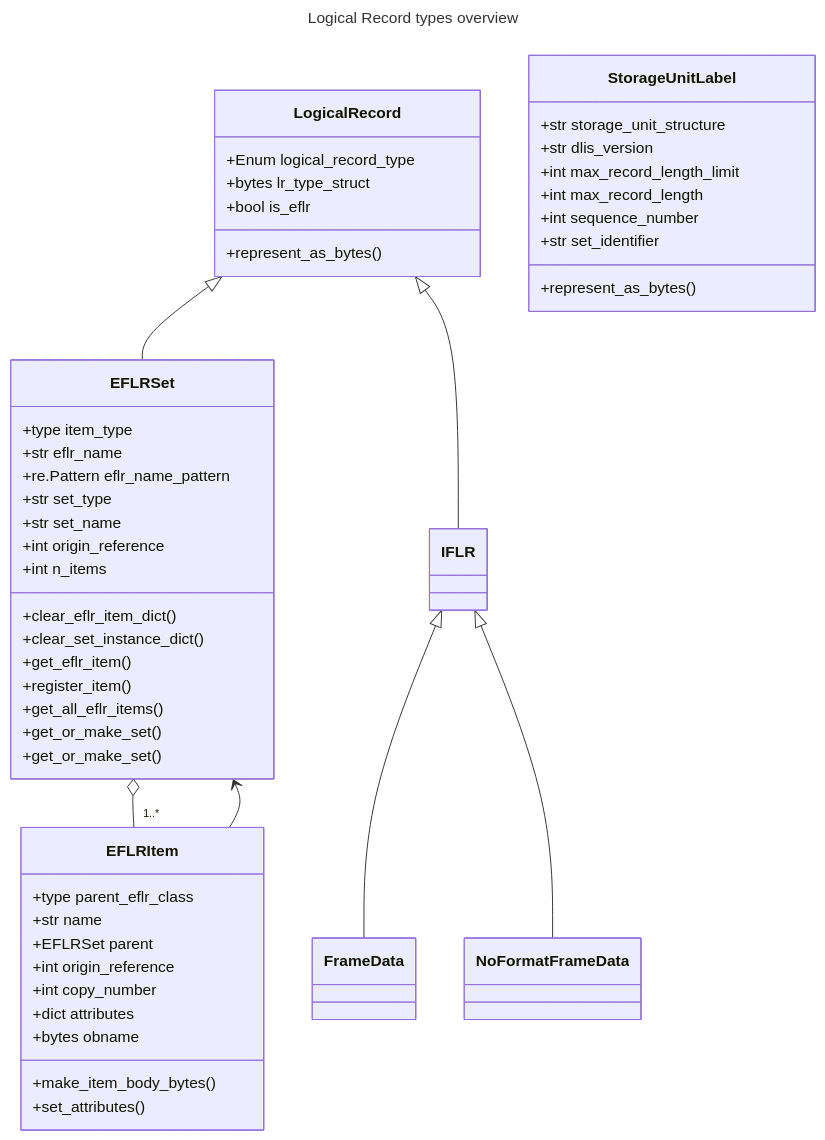
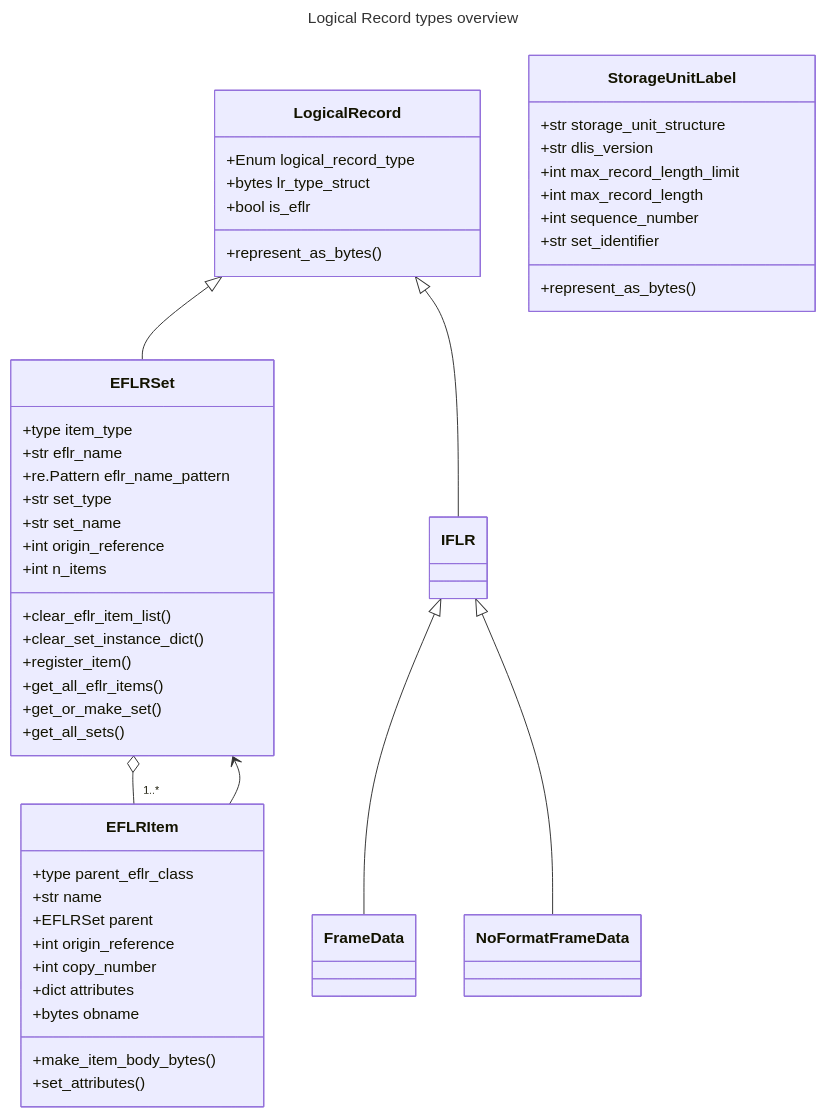
Before and after one commit to well-id/dliswriter: the first of 6 diagrams in README.md, drawn with Mermaid. The commit also changed 3 other files, not shown here.

Commit message:
EFLR instance dict -> EFLR instance list

````diff
--- a/README.md
+++ b/README.md
@@ -242,65 +242,64 @@
 ```mermaid
 ---
 title: Logical Record types overview
 ---
 classDiagram
     LogicalRecord <|-- EFLRSet 
     LogicalRecord <|-- IFLR
 
     IFLR <|-- FrameData
     IFLR <|-- NoFormatFrameData
     
     EFLRSet o-- "1..*" EFLRItem
     EFLRItem --> EFLRSet
     
     class LogicalRecord{
         +Enum logical_record_type
         +bytes lr_type_struct
         +bool is_eflr
         
         +represent_as_bytes()
     }
     
     class EFLRSet{
         +type item_type
         +str eflr_name
         +re.Pattern eflr_name_pattern
         +str set_type
         +str set_name
         +int origin_reference
         +int n_items
         
-        +clear_eflr_item_dict()
+        +clear_eflr_item_list()
         +clear_set_instance_dict()
-        +get_eflr_item()
         +register_item()
         +get_all_eflr_items()
         +get_or_make_set()
-        +get_or_make_set()
+        +get_all_sets()
         
     }
     
     class EFLRItem{ 
         +type parent_eflr_class
         +str name
         +EFLRSet parent
         +int origin_reference
         +int copy_number
         +dict attributes
         +bytes obname
         
         +make_item_body_bytes()
         +set_attributes()
     }
     
     class StorageUnitLabel{
         +str storage_unit_structure
         +str dlis_version
         +int max_record_length_limit
         +int max_record_length
         +int sequence_number
         +str set_identifier
         
         +represent_as_bytes()
     }
 ```
````
